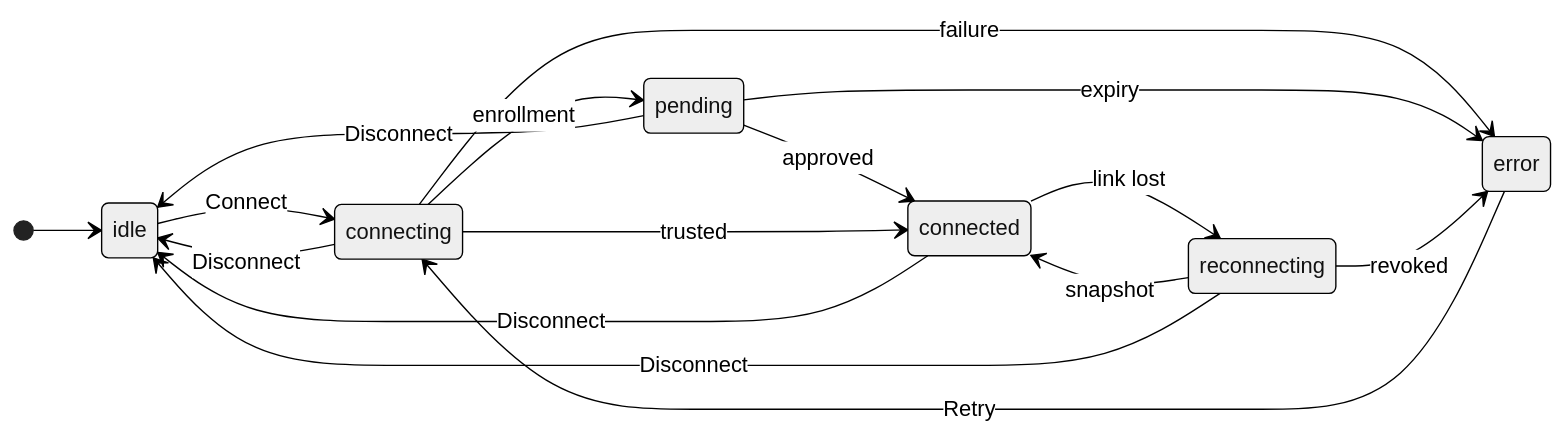
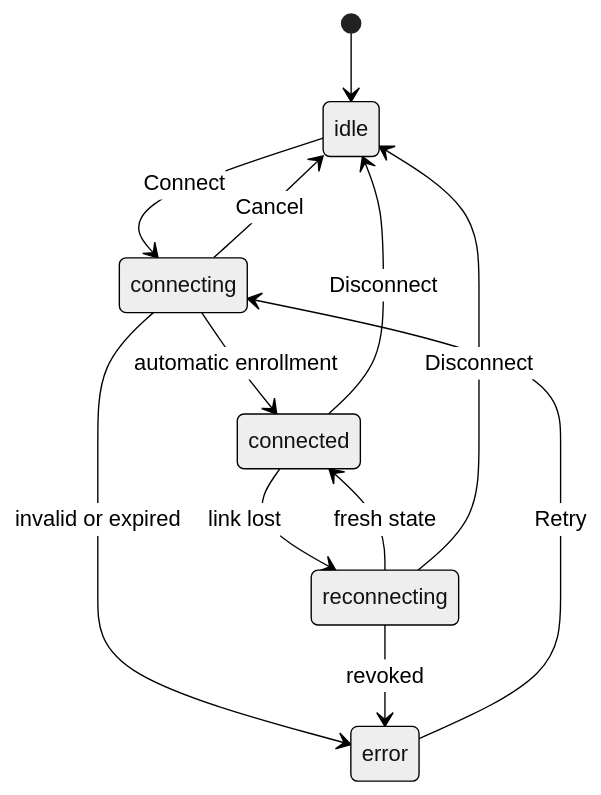
Before and after one commit to anetrebskii/geckit: the diagram in docs/ux/remote-clients.md, drawn with Mermaid (neutral theme). The commit also changed other lines of this file and 138 other files, not shown here.

````diff
--- a/docs/ux/remote-clients.md
+++ b/docs/ux/remote-clients.md
@@ -43,19 +31,14 @@
 ```mermaid
 stateDiagram-v2
-  direction LR
   [*] --> idle
   idle --> connecting: Connect
-  connecting --> pending: enrollment
-  pending --> connected: approved
-  connecting --> connected: trusted
-  connecting --> error: failure
-  pending --> error: expiry
+  connecting --> connected: automatic enrollment
+  connecting --> error: invalid or expired
   connected --> reconnecting: link lost
-  reconnecting --> connected: snapshot
+  reconnecting --> connected: fresh state
   reconnecting --> error: revoked
   connected --> idle: Disconnect
-  pending --> idle: Disconnect
+  connecting --> idle: Cancel
+  reconnecting --> idle: Disconnect
   error --> connecting: Retry
-  connecting --> idle: Disconnect
-  reconnecting --> idle: Disconnect
 ```
````
